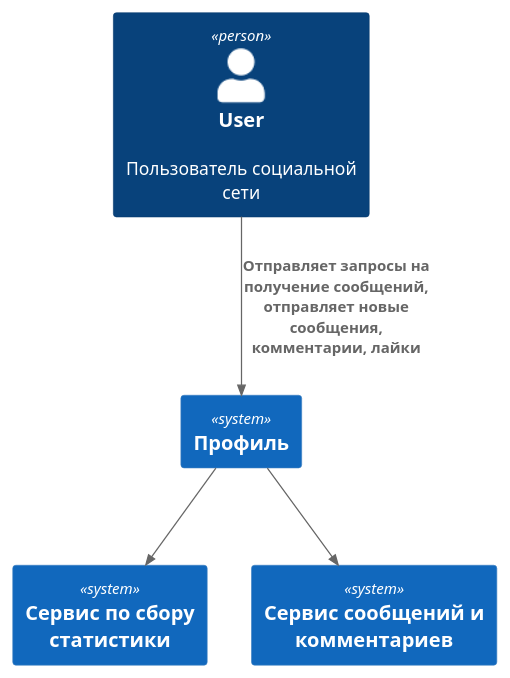
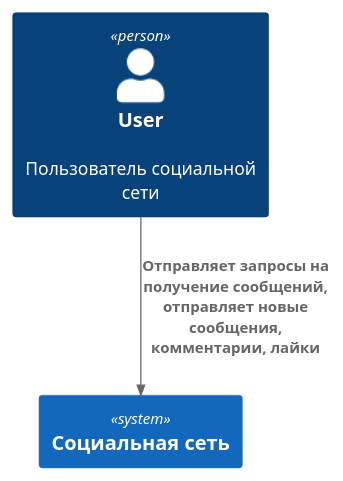
Before and after one commit to dixitix/yet-another-social-network: the diagram in doc/c4-context.puml, drawn with PlantUML.

Commit message:
Update c4-context.puml
removed unnecessary services

```diff
--- a/doc/c4-context.puml
+++ b/doc/c4-context.puml
@@ -1,13 +1,10 @@
 @startuml
+
 !include https://raw.githubusercontent.com/plantuml-stdlib/C4-PlantUML/master/C4_Container.puml
 
 Person(user, "User", "Пользователь социальной сети")
-System(profile, "Профиль")
-System(statistics_service, "Сервис по сбору статистики")
-System(posts_service, "Сервис сообщений и комментариев")
+System(profile, "Социальная сеть")
 
 Rel(user, profile, "Отправляет запросы на получение сообщений, отправляет новые сообщения, комментарии, лайки")
-Rel(profile, statistics_service, " ")
-Rel(profile, posts_service, " ")
 
 @enduml
```
